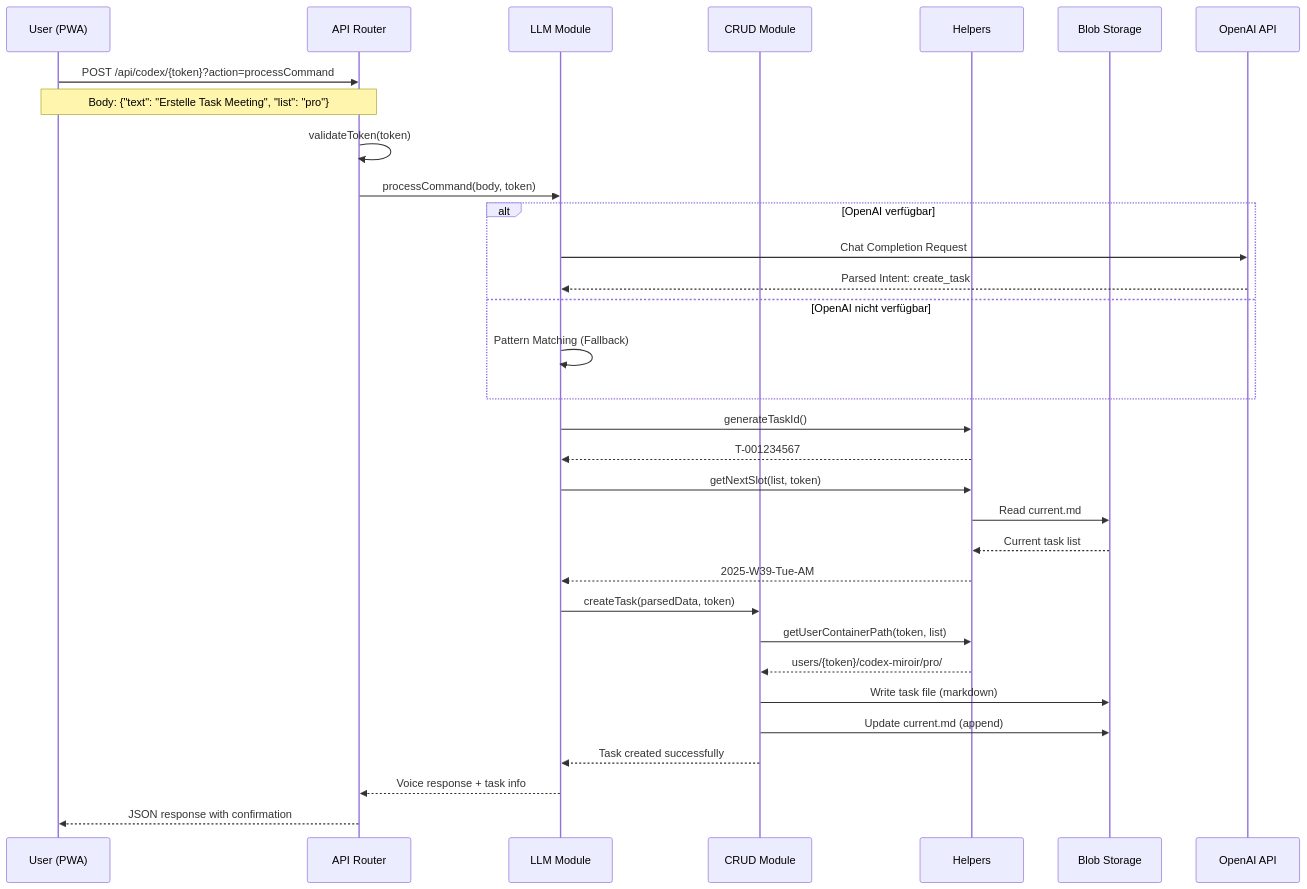
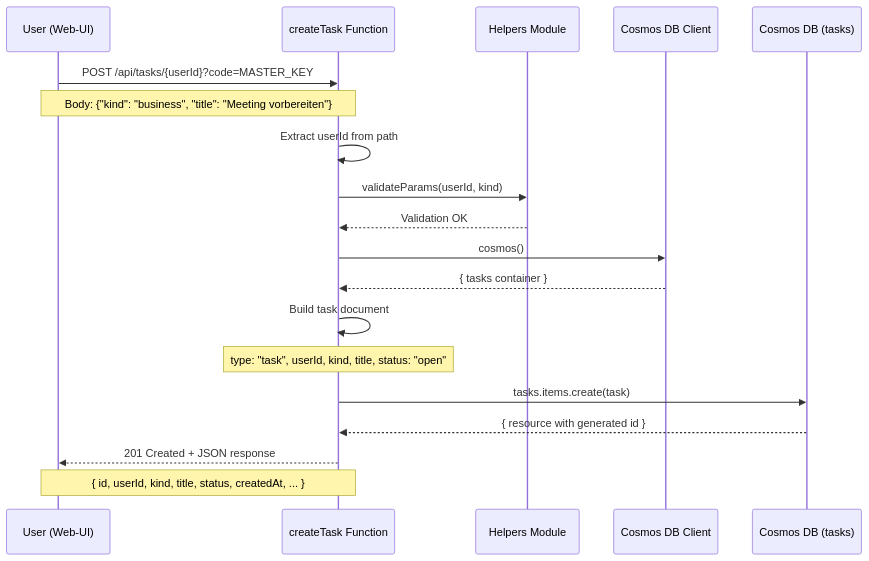
Before and after one commit to merlinbecker/CodexMiroir: the fifth of 8 diagrams in documentation/arc42.md, drawn with Mermaid. The commit also changed other lines of this file, not shown here.

Commit message:
Update arc42.md with current architecture (Cosmos DB, /src/ structure, Azure Functions v4)

````diff
--- a/documentation/arc42.md
+++ b/documentation/arc42.md
@@ -265,41 +306,27 @@
 ```mermaid
 sequenceDiagram
-    participant U as User (PWA)
-    participant A as API Router
-    participant V as LLM Module  
-    participant C as CRUD Module
-    participant H as Helpers
-    participant S as Blob Storage
-    participant O as OpenAI API
+    participant U as User (Web-UI)
+    participant A as createTask Function
+    participant H as Helpers Module
+    participant C as Cosmos DB Client
+    participant DB as Cosmos DB (tasks)
     
-    U->>A: POST /api/codex/{token}?action=processCommand
-    note over U,A: Body: {"text": "Erstelle Task Meeting", "list": "pro"}
+    U->>A: POST /api/tasks/{userId}?code=MASTER_KEY
+    note over U,A: Body: {"kind": "business", "title": "Meeting vorbereiten"}
     
-    A->>A: validateToken(token)
-    A->>V: processCommand(body, token)
+    A->>A: Extract userId from path
+    A->>H: validateParams(userId, kind)
+    H-->>A: Validation OK
     
-    alt OpenAI verfügbar
-        V->>O: Chat Completion Request
-        O-->>V: Parsed Intent: create_task
-    else OpenAI nicht verfügbar  
-        V->>V: Pattern Matching (Fallback)
-    end
+    A->>C: cosmos()
+    C-->>A: { tasks container }
     
-    V->>H: generateTaskId()
-    H-->>V: T-001234567
-    V->>H: getNextSlot(list, token)  
-    H->>S: Read current.md
-    S-->>H: Current task list
-    H-->>V: 2025-W39-Tue-AM
+    A->>A: Build task document
+    note over A: type: "task", userId, kind, title, status: "open"
     
-    V->>C: createTask(parsedData, token)
-    C->>H: getUserContainerPath(token, list)
-    H-->>C: users/{token}/codex-miroir/pro/
+    A->>DB: tasks.items.create(task)
+    DB-->>A: { resource with generated id }
     
-    C->>S: Write task file (markdown)
-    C->>S: Update current.md (append)
-    
-    C-->>V: Task created successfully
-    V-->>A: Voice response + task info
-    A-->>U: JSON response with confirmation
+    A-->>U: 201 Created + JSON response
+    note over A,U: { id, userId, kind, title, status, createdAt, ... }
 ```
````
